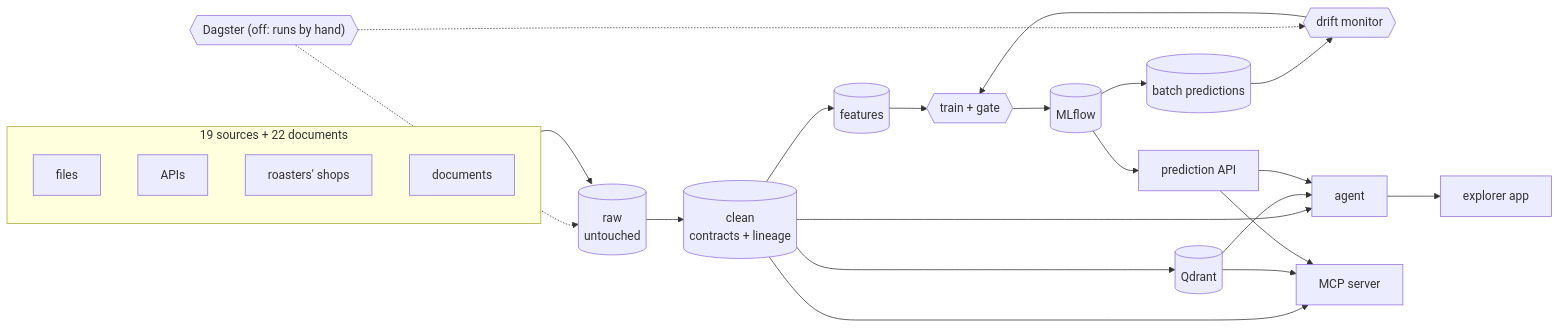
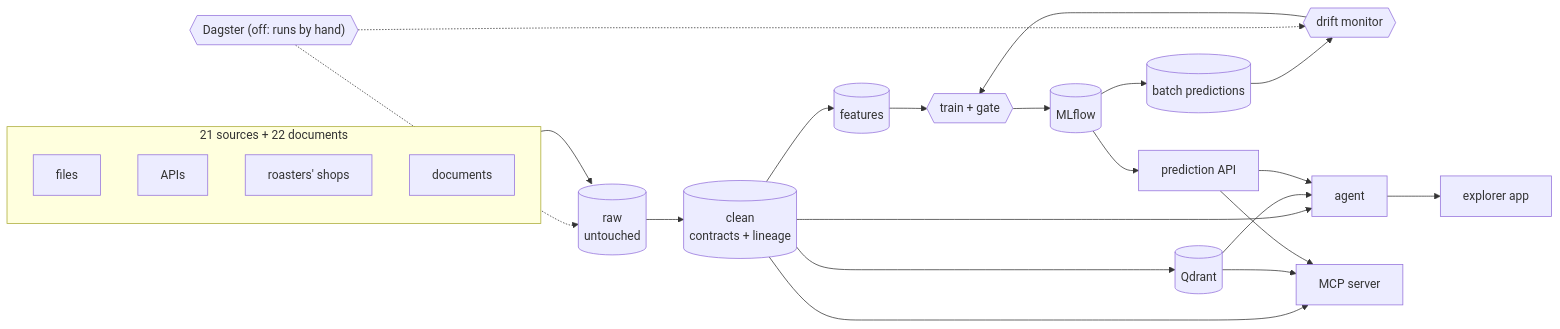
Before and after one commit to AlanMLCH/coffee_mlops: the diagram in README.md, drawn with Mermaid. The commit also changed other lines of this file and 24 other files, not shown here.

````diff
--- a/README.md
+++ b/README.md
@@ -104,30 +107,30 @@
 ```mermaid
 flowchart LR
-    subgraph SOURCES["19 sources + 22 documents"]
+    subgraph SOURCES["21 sources + 22 documents"]
         files["files"]
         apis["APIs"]
         shops["roasters' shops"]
         documents["documents"]
     end
     raw[("raw<br/>untouched")]
     clean[("clean<br/>contracts + lineage")]
     features[("features")]
     gate{{"train + gate"}}
     mlflow[("MLflow")]
     predictions[("batch predictions")]
     api["prediction API"]
     monitor{{"drift monitor"}}
     qdrant[("Qdrant")]
     agent["agent"]
     mcp["MCP server"]
     explorer["explorer app"]
     dagster{{"Dagster (off: runs by hand)"}}
 
     SOURCES --> raw --> clean --> features --> gate --> mlflow
     mlflow --> api & predictions
     predictions --> monitor --> gate
     clean --> qdrant
     clean & qdrant & api --> agent --> explorer
     clean & qdrant & api --> mcp
     dagster -.-> raw & monitor
 ```
````
